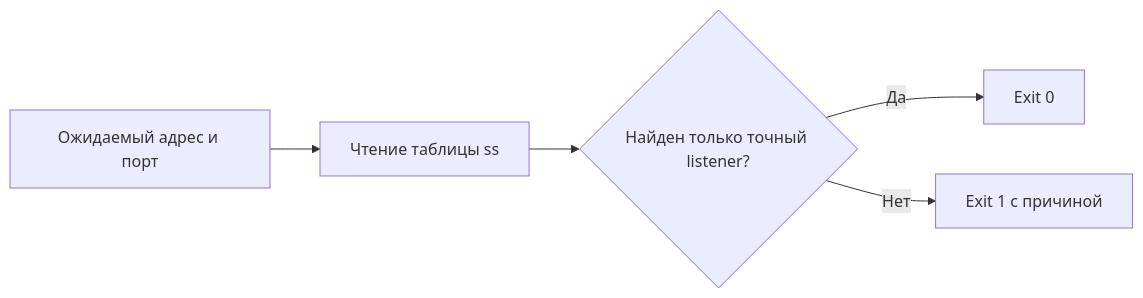
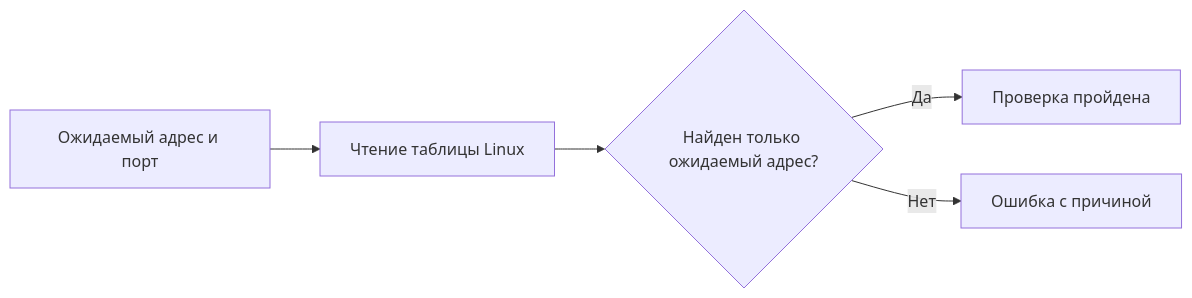
One commit to zakazsta/bind-address-healthcheck changed the diagram in README.ru.md. Above: the diagram before and after it, drawn with Mermaid. The commit also changed other lines of this file and 4 other files, not shown here.

````diff
--- a/README.ru.md
+++ b/README.ru.md
@@ -29,7 +60,7 @@
 ```mermaid
 flowchart LR
-    A[Ожидаемый адрес и порт] --> B[Чтение таблицы ss]
-    B --> C{Найден только точный listener?}
-    C -->|Да| D[Exit 0]
-    C -->|Нет| E[Exit 1 с причиной]
+    A[Ожидаемый адрес и порт] --> B[Чтение таблицы Linux]
+    B --> C{Найден только ожидаемый адрес?}
+    C -->|Да| D[Проверка пройдена]
+    C -->|Нет| E[Ошибка с причиной]
 ```
````
